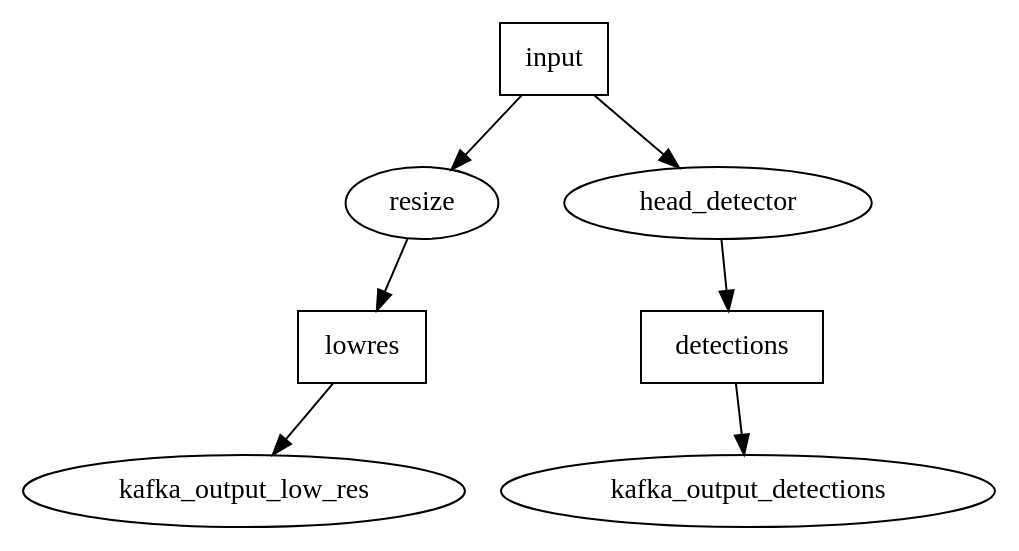
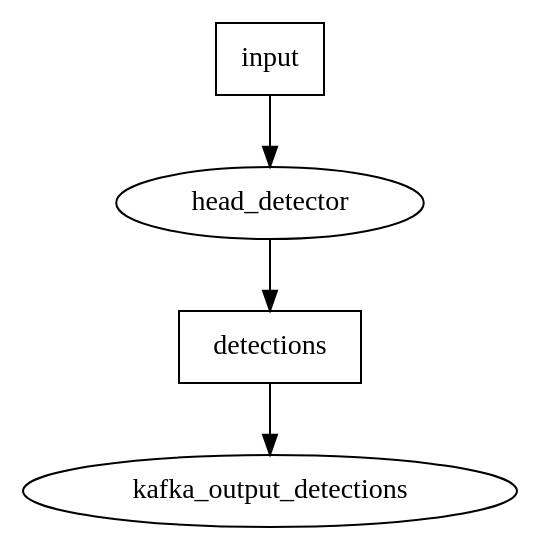
The diagram in docs/developers_guide/microservices/mgr/graph_examples/simple_graph.dot (Ultinous/uvap), drawn with Graphviz before and after one commit. The commit also changed 45 other files, not shown here.

```diff
--- a/docs/developers_guide/microservices/mgr/graph_examples/simple_graph.dot
+++ b/docs/developers_guide/microservices/mgr/graph_examples/simple_graph.dot
@@ -1,10 +1,7 @@
 digraph {
   input [shape=box];
-  lowres [shape=box];
   detections [shape=box];
   
-  input -> resize -> lowres;
   input -> head_detector -> detections;
-  lowres -> kafka_output_low_res;
   detections -> kafka_output_detections;
 }
```
